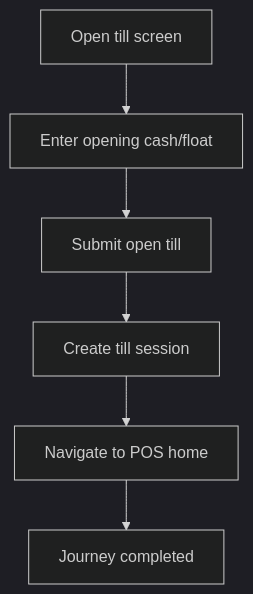
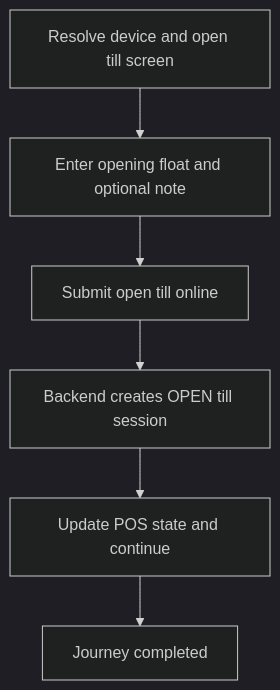
Before and after one commit to unicomproject/Pos-system-Knowledge: the diagram in 03_USER_JOURNEYS/Cashier/03_Till_Open_Flow.md, drawn with Mermaid (dark theme). The commit also changed other lines of this file and 24 other files, not shown here.

Commit message:
close till continue

````diff
--- a/03_USER_JOURNEYS/Cashier/03_Till_Open_Flow.md
+++ b/03_USER_JOURNEYS/Cashier/03_Till_Open_Flow.md
@@ -47,9 +43,9 @@
 ```mermaid
 flowchart TD
-    S1[Open till screen]
-    S1 --> S2[Enter opening cash/float]
-    S2 --> S3[Submit open till]
-    S3 --> S4[Create till session]
-    S4 --> S5[Navigate to POS home]
+    S1[Resolve device and open till screen]
+    S1 --> S2[Enter opening float and optional note]
+    S2 --> S3[Submit open till online]
+    S3 --> S4[Backend creates OPEN till session]
+    S4 --> S5[Update POS state and continue]
     S5 --> Done[Journey completed]
 ```
````
